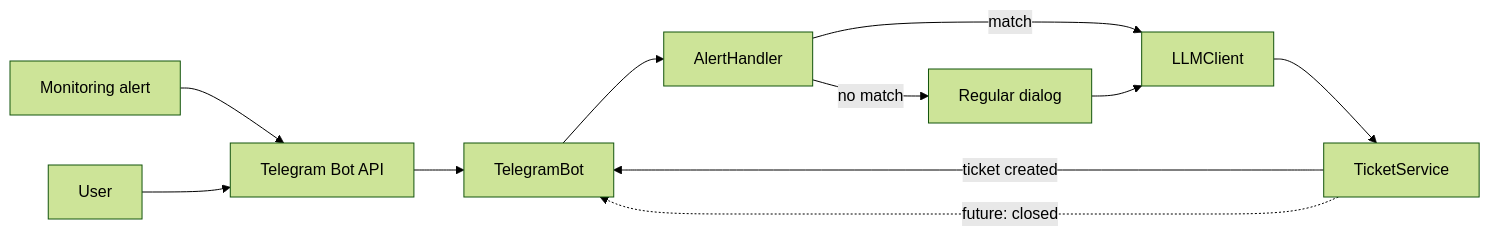
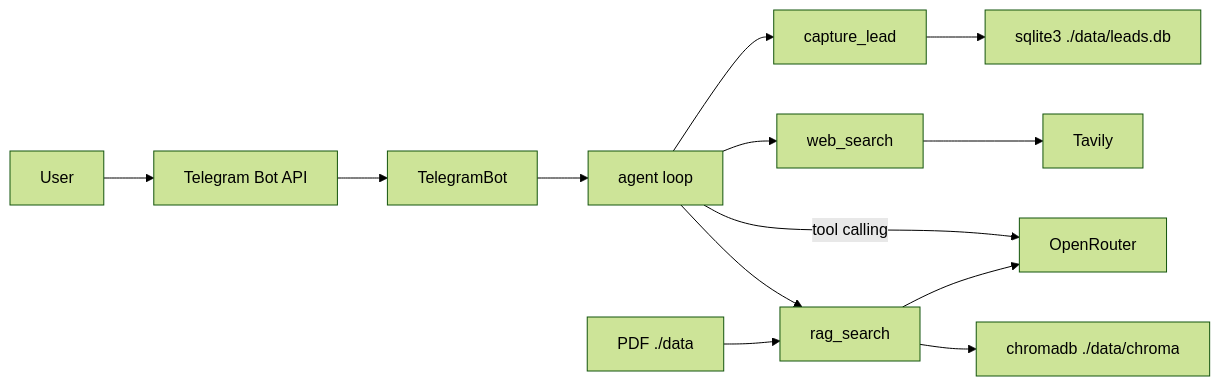
The diagram in docs/vision.md (Fourliy/my_first_bot), drawn with Mermaid (forest theme) before and after one commit. The commit also changed other lines of this file, not shown here.

````diff
--- a/docs/vision.md
+++ b/docs/vision.md
@@ -75,13 +89,15 @@
 ```mermaid
 flowchart LR
-    AlertSource[Monitoring alert] --> TelegramAPI[Telegram Bot API]
-    User[User] --> TelegramAPI
+    User[User] --> TelegramAPI[Telegram Bot API]
     TelegramAPI --> TelegramBot
-    TelegramBot --> AlertHandler
-    AlertHandler -->|"match"| LLMClient
-    LLMClient --> TicketService
-    TicketService -->|"ticket created"| TelegramBot
-    TicketService -.->|"future: closed"| TelegramBot
-    AlertHandler -->|"no match"| DialogFlow[Regular dialog]
-    DialogFlow --> LLMClient
+    TelegramBot --> Agent["agent loop"]
+    Agent -->|"tool calling"| OpenRouter
+    Agent --> rag_search
+    Agent --> web_search
+    Agent --> capture_lead
+    PDF["PDF ./data"] --> rag_search
+    rag_search --> Chroma["chromadb ./data/chroma"]
+    rag_search --> OpenRouter
+    web_search --> Tavily
+    capture_lead --> SQLite["sqlite3 ./data/leads.db"]
 ```
````
